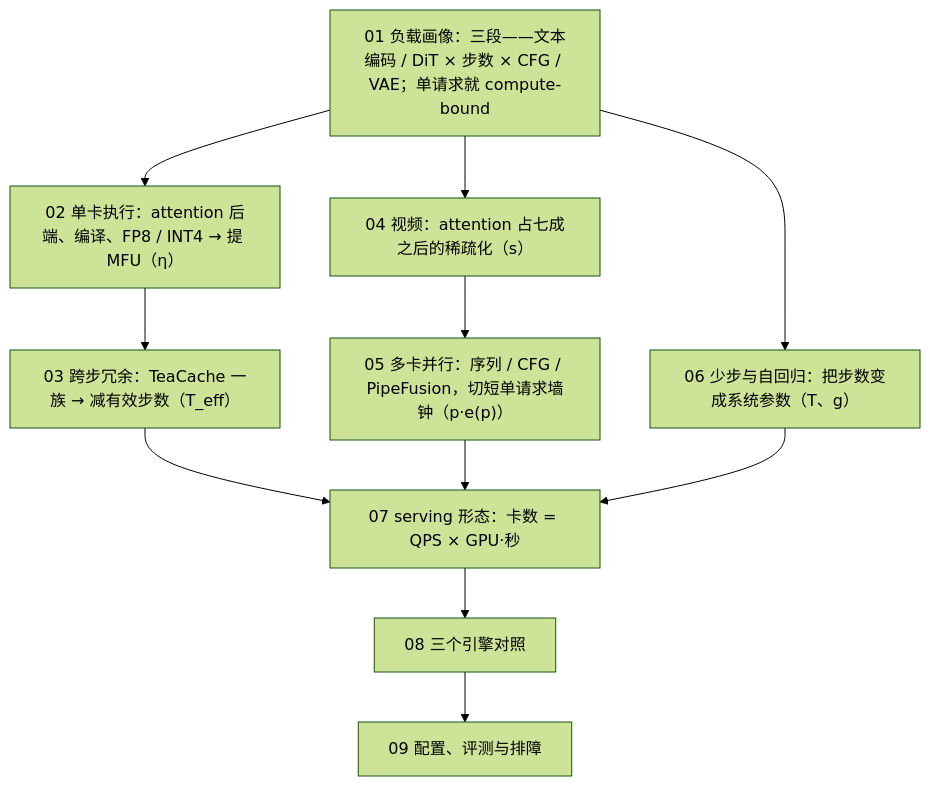
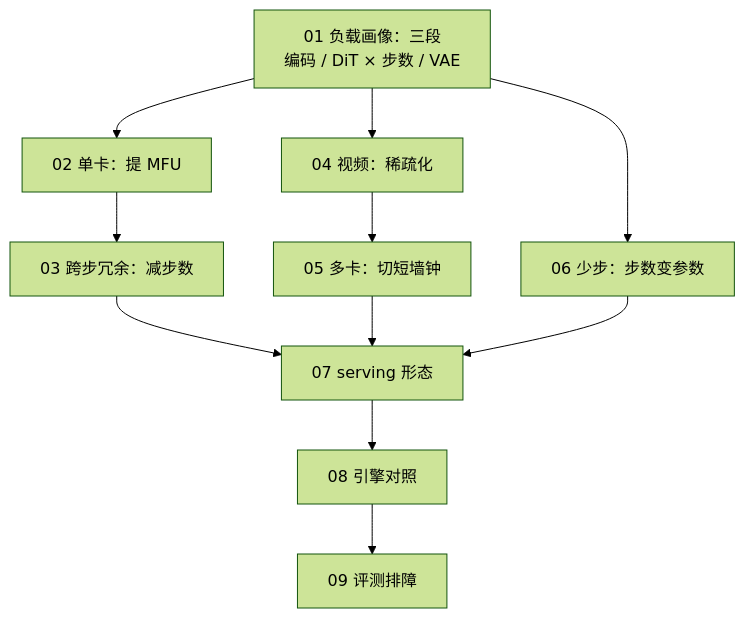
The first of 2 diagrams in slides/2026-09-13-diffusion-inference-infra.md (arganzheng/arganzheng.github.com), drawn with Mermaid (forest theme) before and after one commit.

Commit message:
slides/diffusion-inference-infra: cut/shorten mermaid diagrams below 14px rendered text (check-render smalltext/overlap)

````diff
--- a/slides/2026-09-13-diffusion-inference-infra.md
+++ b/slides/2026-09-13-diffusion-inference-infra.md
@@ -36,12 +36,12 @@
 ```mermaid
 %%{init: {"flowchart": {"wrappingWidth": 210}}}%%
 flowchart TB
-    F1["01 负载画像：三段——文本编码 / DiT × 步数 × CFG / VAE；单请求就 compute-bound"]
-    F1 --> F2["02 单卡执行：attention 后端、编译、FP8 / INT4 → 提 MFU（η）"]
-    F2 --> F3["03 跨步冗余：TeaCache 一族 → 减有效步数（T_eff）"]
-    F1 --> F4["04 视频：attention 占七成之后的稀疏化（s）"]
-    F4 --> F5["05 多卡并行：序列 / CFG / PipeFusion，切短单请求墙钟（p·e(p)）"]
-    F1 --> F6["06 少步与自回归：把步数变成系统参数（T、g）"]
-    F3 & F5 & F6 --> F7["07 serving 形态：卡数 = QPS × GPU·秒"]
-    F7 --> F8["08 三个引擎对照"] --> F9["09 配置、评测与排障"]
+    F1["01 负载画像：三段<br/>编码 / DiT × 步数 / VAE"]
+    F1 --> F2["02 单卡：提 MFU"]
+    F2 --> F3["03 跨步冗余：减步数"]
+    F1 --> F4["04 视频：稀疏化"]
+    F4 --> F5["05 多卡：切短墙钟"]
+    F1 --> F6["06 少步：步数变参数"]
+    F3 & F5 & F6 --> F7["07 serving 形态"]
+    F7 --> F8["08 引擎对照"] --> F9["09 评测排障"]
 ```
````
